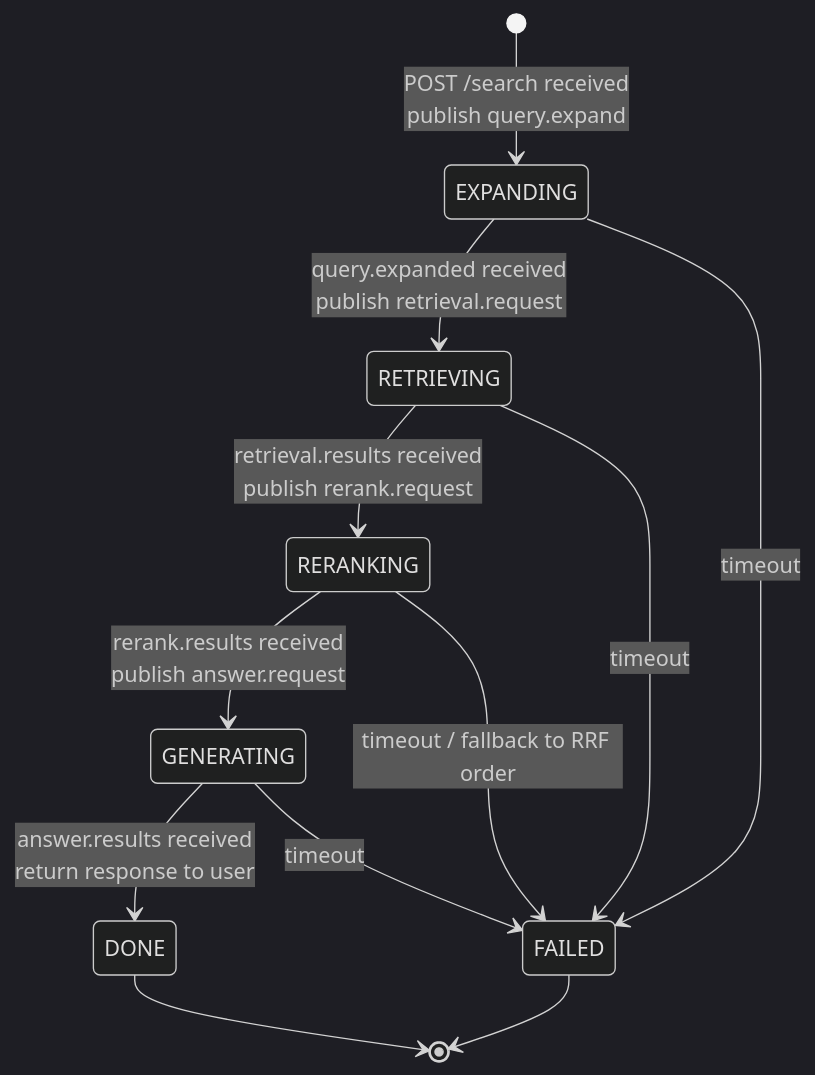
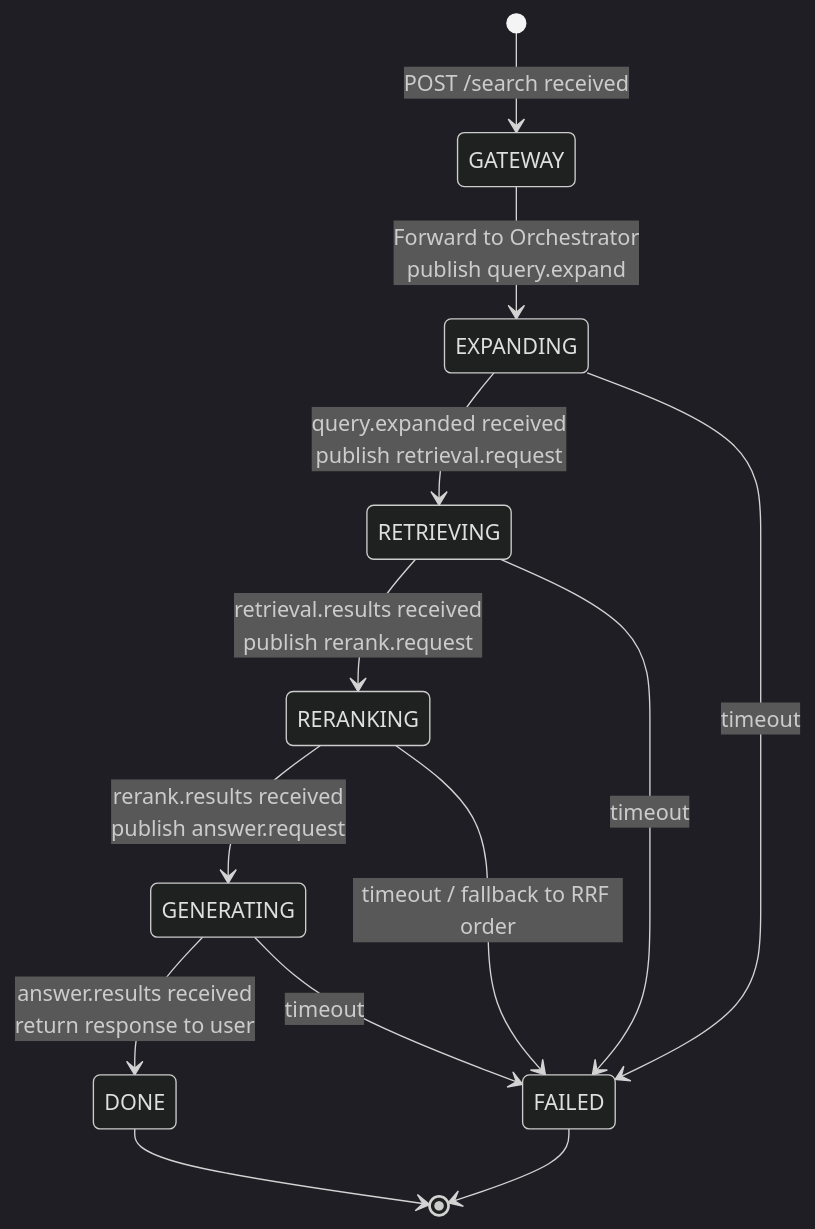
The second of 3 diagrams in AGENTIC.md (Peqchji/spring-ai-search-engine), drawn with Mermaid (dark theme) before and after one commit. The commit also changed other lines of this file and 1 other file, not shown here.

Commit message:
docs(architecture): Update diagrams with api-gateway as edge and MongoDB to Kafka Connect Source

````diff
--- a/AGENTIC.md
+++ b/AGENTIC.md
@@ -143,14 +148,15 @@
 ```mermaid
 stateDiagram-v2
-    [*] --> EXPANDING: POST /search received<br>publish query.expand
+    [*] --> GATEWAY: POST /search received
+    GATEWAY --> EXPANDING: Forward to Orchestrator<br>publish query.expand
     EXPANDING --> RETRIEVING: query.expanded received<br>publish retrieval.request
     RETRIEVING --> RERANKING: retrieval.results received<br>publish rerank.request
     RERANKING --> GENERATING: rerank.results received<br>publish answer.request
     GENERATING --> DONE: answer.results received<br>return response to user
     EXPANDING --> FAILED: timeout
     RETRIEVING --> FAILED: timeout
     RERANKING --> FAILED: timeout / fallback to RRF order
     GENERATING --> FAILED: timeout
     DONE --> [*]
     FAILED --> [*]
 ```
````
